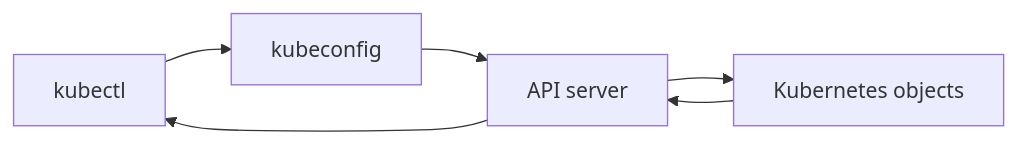
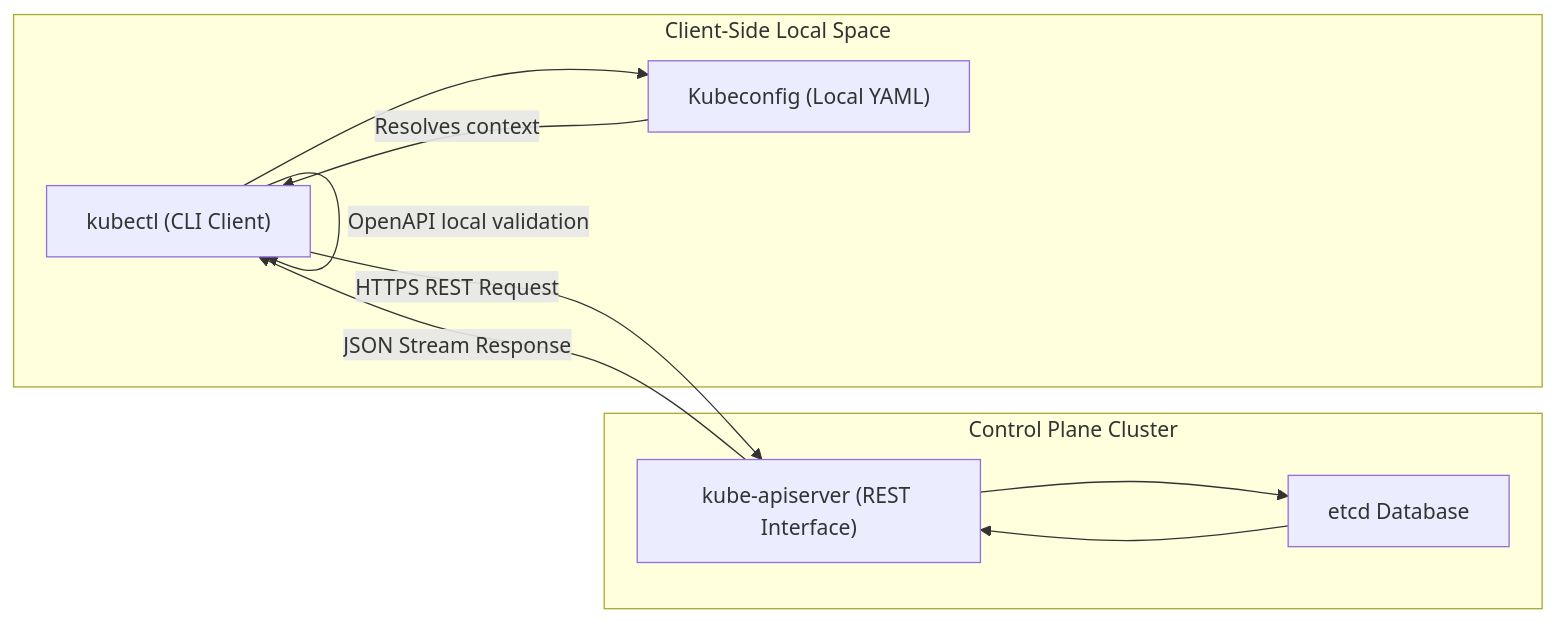
The diagram in containers-orchestration/kubernetes/fundamentals/namespaces-and-kubectl-basics.md (senlinyy/dev-roadmaps), drawn with Mermaid before and after one commit. The commit also changed other lines of this file and 343 other files, not shown here.

````diff
--- a/containers-orchestration/kubernetes/fundamentals/namespaces-and-kubectl-basics.md
+++ b/containers-orchestration/kubernetes/fundamentals/namespaces-and-kubectl-basics.md
@@ -89,8 +156,14 @@
 ```mermaid
 flowchart LR
-    A["kubectl"] --> B["kubeconfig"]
-    B --> C["API server"]
-    C --> D["Kubernetes objects"]
-    D --> C
-    C --> A
+    subgraph ClientSide["Client-Side Local Space"]
+        A["kubectl (CLI Client)"] --> B["Kubeconfig (Local YAML)"]
+        B --> |Resolves context| A
+    end
+    subgraph ServerSide["Control Plane Cluster"]
+        A --> |OpenAPI local validation| A
+        A --> |HTTPS REST Request| C["kube-apiserver (REST Interface)"]
+        C --> D["etcd Database"]
+        D --> C
+        C --> |JSON Stream Response| A
+    end
 ```
````
